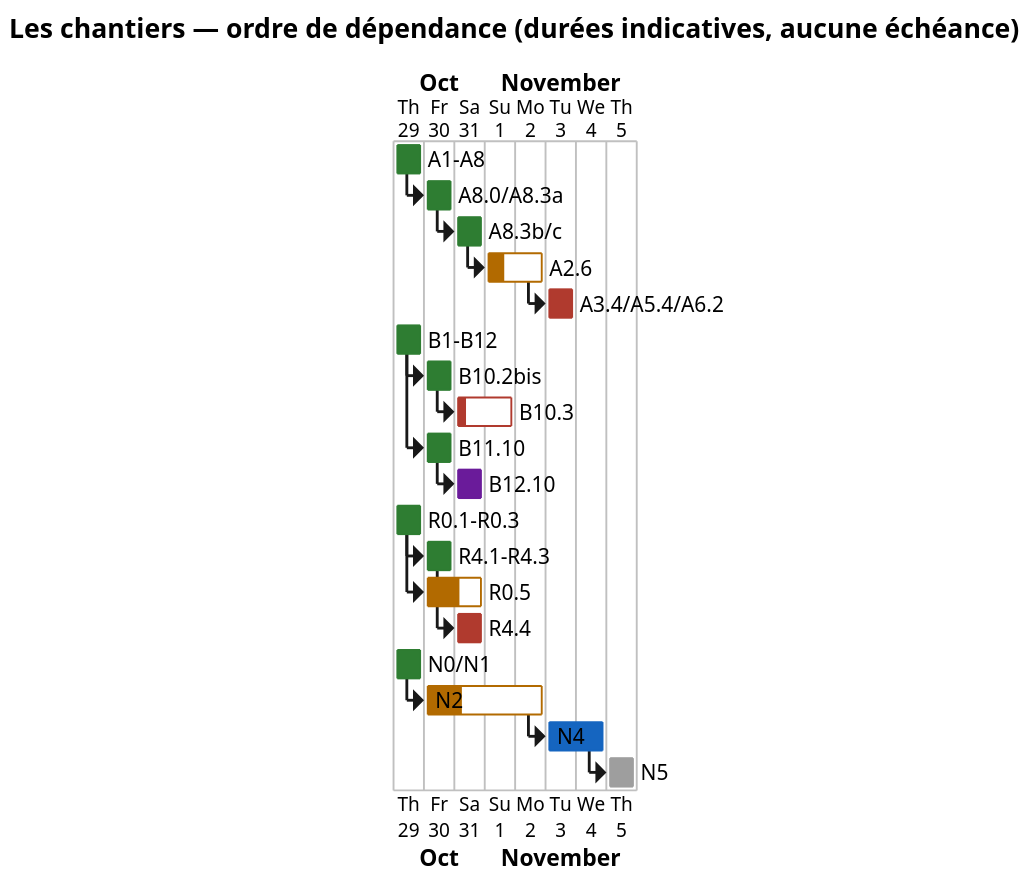
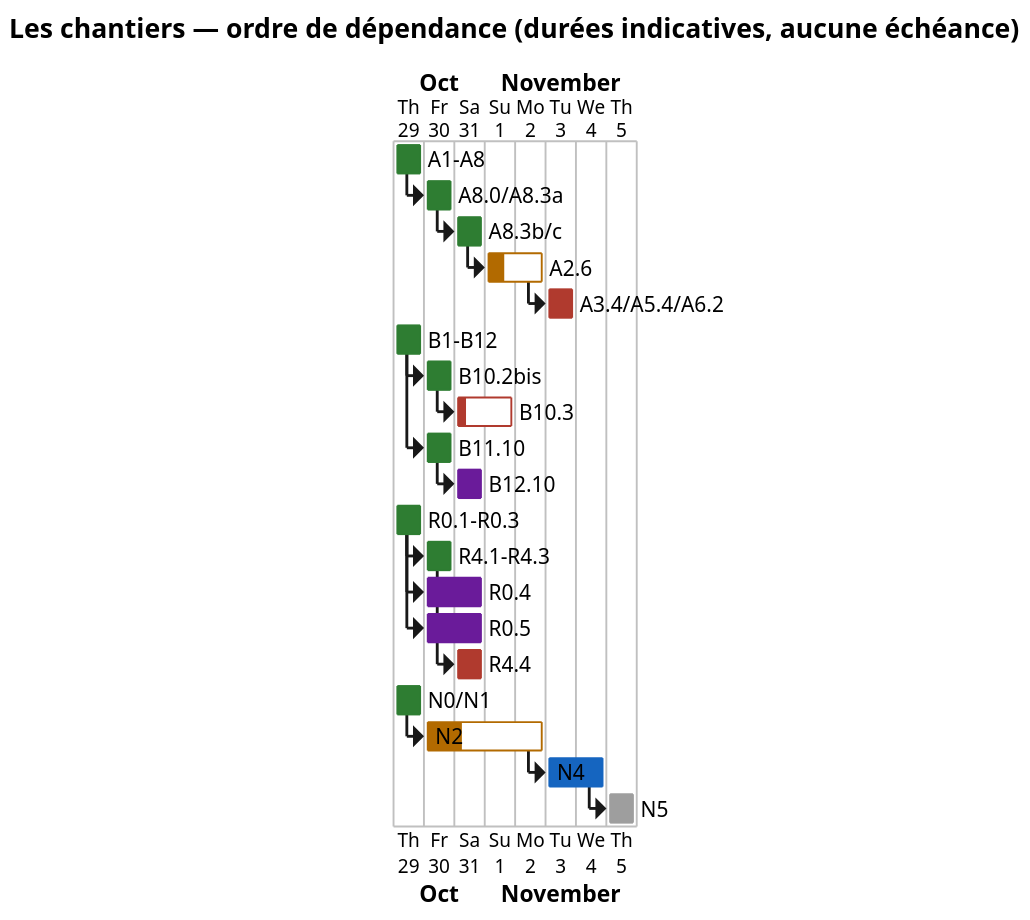
Before and after one commit to stephanedenis/drave: the diagram in docs/pilotage/roadmap.md, drawn with PlantUML. The commit also changed other lines of this file and 143 other files, not shown here.

````diff
--- a/docs/pilotage/roadmap.md
+++ b/docs/pilotage/roadmap.md
@@ -63,39 +64,41 @@
 ```plantuml
 @startgantt
 scale 2
 Title Les chantiers — ordre de dépendance (durées indicatives, aucune échéance)
 Project starts 2026-10-29
 [A1–A8] lasts 1 day and is 100% complete and is colored in #2e7d32
 [A8.0/A8.3a] lasts 1 day and is 100% complete and is colored in #2e7d32
 [A8.3b/c] lasts 1 day and is 100% complete and is colored in #2e7d32
 [A2.6] lasts 2 days and is 30% complete and is colored in #b26a00
 [A3.4/A5.4/A6.2] lasts 1 day and is colored in #b03a2e
 [B1–B12] lasts 1 day and is 100% complete and is colored in #2e7d32
 [B10.2bis] lasts 1 day and is 100% complete and is colored in #2e7d32
 [B10.3] lasts 2 days and is 15% complete and is colored in #b03a2e
 [B11.10] lasts 1 day and is 100% complete and is colored in #2e7d32
 [B12.10] lasts 1 day and is colored in #6a1b9a
 [R0.1–R0.3] lasts 1 day and is 100% complete and is colored in #2e7d32
 [R4.1–R4.3] lasts 1 day and is 100% complete and is colored in #2e7d32
-[R0.5] lasts 2 days and is 60% complete and is colored in #b26a00
+[R0.4] lasts 2 days and is 100% complete and is colored in #6a1b9a
+[R0.5] lasts 2 days and is 100% complete and is colored in #6a1b9a
 [R4.4] lasts 1 day and is colored in #b03a2e
 [N0/N1] lasts 1 day and is 100% complete and is colored in #2e7d32
 [N2] lasts 4 days and is 30% complete and is colored in #b26a00
 [N4] lasts 2 days and is colored in #1565c0
 [N5] lasts 1 day and is colored in #9e9e9e
 [A8.0/A8.3a] starts at [A1–A8]'s end
 [A8.3b/c] starts at [A8.0/A8.3a]'s end
 [A2.6] starts at [A8.3b/c]'s end
 [A3.4/A5.4/A6.2] starts at [A2.6]'s end
 [B10.2bis] starts at [B1–B12]'s end
 [B10.3] starts at [B10.2bis]'s end
 [B11.10] starts at [B1–B12]'s end
 [B12.10] starts at [B11.10]'s end
 [R4.1–R4.3] starts at [R0.1–R0.3]'s end
+[R0.4] starts at [R0.1–R0.3]'s end
 [R0.5] starts at [R0.1–R0.3]'s end
 [R4.4] starts at [R4.1–R4.3]'s end
 [N2] starts at [N0/N1]'s end
 [N4] starts at [N2]'s end
 [N5] starts at [N4]'s end
 @endgantt
 ```
````
